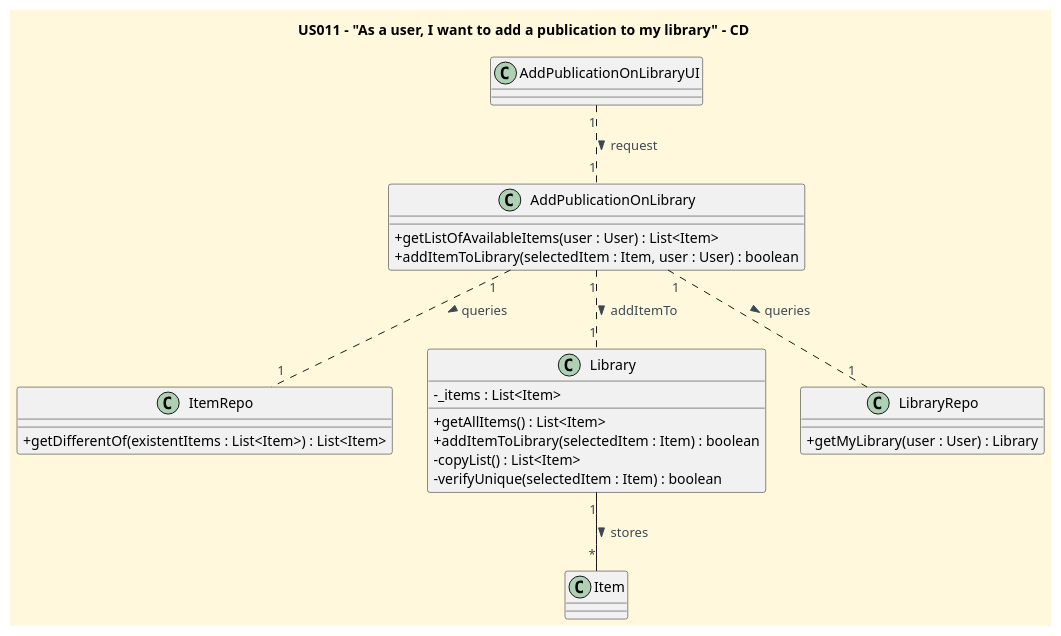
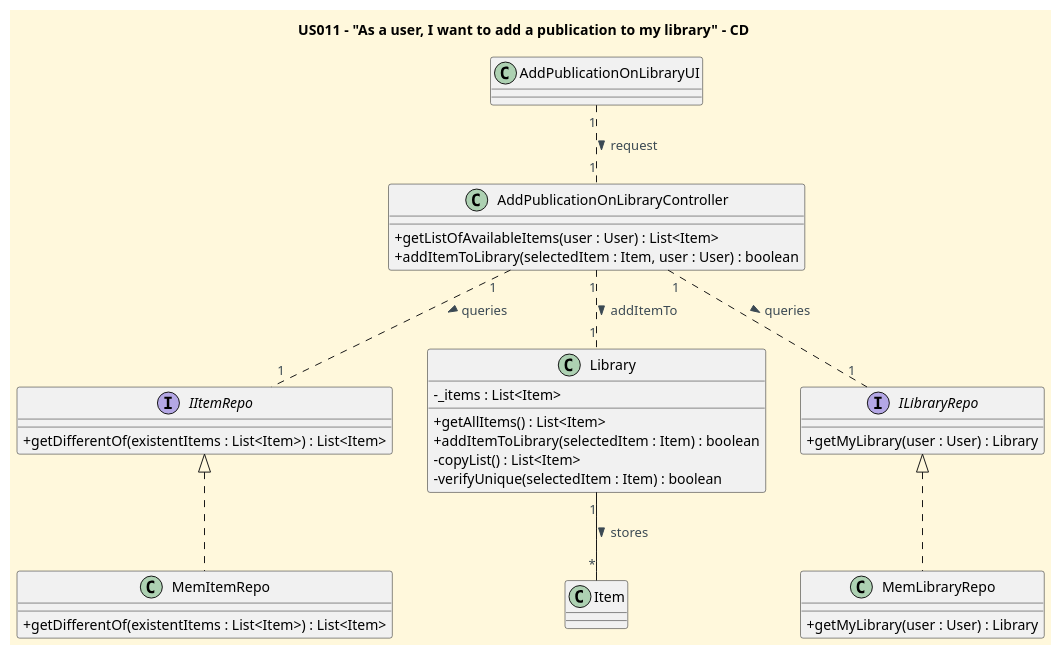
One commit to CarolinaLeite-collab/JavaMarketplacePlatform changed the diagram in docs/userStories/US011/US011_add_publication_to_my_library_CD.puml. Above: the diagram before and after it, drawn with PlantUML.

Commit message:
docs(US011): add CD for AddPublicationOnLibrary (DDD refactor), closes #359

```diff
--- a/docs/userStories/US011/US011_add_publication_to_my_library_CD.puml
+++ b/docs/userStories/US011/US011_add_publication_to_my_library_CD.puml
@@ -1,48 +1,57 @@
 @startuml
 'https://plantuml.com/class-diagram
 title US011 – "As a user, I want to add a publication to my library" - CD
 
 skinparam monochrome false
 skinparam shadowing false
 skinparam defaultFontName Futura
 skinparam objectFontSize 20
 skinparam backgroundColor CornSilk
 skinparam objectBackgroundColor WhiteSmoke
 skinparam noteBackgroundColor #FFFFE0
 skinparam ArrowFontColor #3B4953
 skinparam ActivationBackgroundColor black
 skinparam classAttributeIconSize 0
 
 class AddPublicationOnLibraryUI
 
-class AddPublicationOnLibrary {
+class AddPublicationOnLibraryController {
     + getListOfAvailableItems(user : User) : List<Item>
     + addItemToLibrary(selectedItem : Item, user : User) : boolean
 }
 
-class ItemRepo {
+interface IItemRepo {
     + getDifferentOf(existentItems : List<Item>) : List<Item>
 }
 
 class Library {
     - _items : List<Item>
     + getAllItems() : List<Item>
     + addItemToLibrary(selectedItem : Item) : boolean
     - copyList() : List<Item>
     - verifyUnique(selectedItem : Item) : boolean
 }
 
-class LibraryRepo {
+interface ILibraryRepo {
      + getMyLibrary(user : User) : Library
 }
 
-class Item
+class Item {}
+
+class MemLibraryRepo {
+     + getMyLibrary(user : User) : Library
+}
+
+class MemItemRepo {
+    + getDifferentOf(existentItems : List<Item>) : List<Item>
+}
 
 
-AddPublicationOnLibraryUI "1" .. "1" AddPublicationOnLibrary : request >
-AddPublicationOnLibrary "1" .. "1" ItemRepo : queries >
-AddPublicationOnLibrary "1" .. "1" Library : addItemTo >
-AddPublicationOnLibrary "1" .. "1" LibraryRepo : queries >
+AddPublicationOnLibraryUI "1" .. "1" AddPublicationOnLibraryController : request >
+AddPublicationOnLibraryController "1" .. "1" IItemRepo : queries >
+AddPublicationOnLibraryController "1" .. "1" Library : addItemTo >
+AddPublicationOnLibraryController "1" .. "1" ILibraryRepo : queries >
 Library "1" -- "*" Item : stores >
-
+IItemRepo <|.. MemItemRepo
+ILibraryRepo <|.. MemLibraryRepo
 @enduml
```
